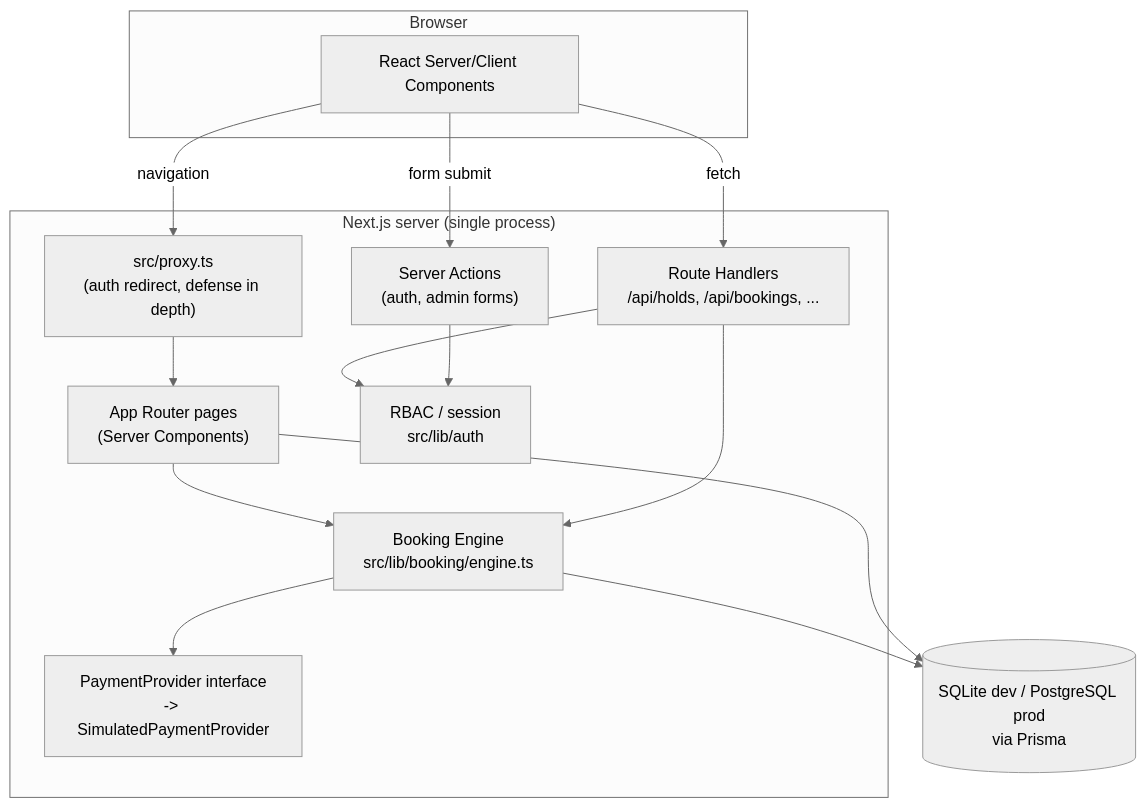
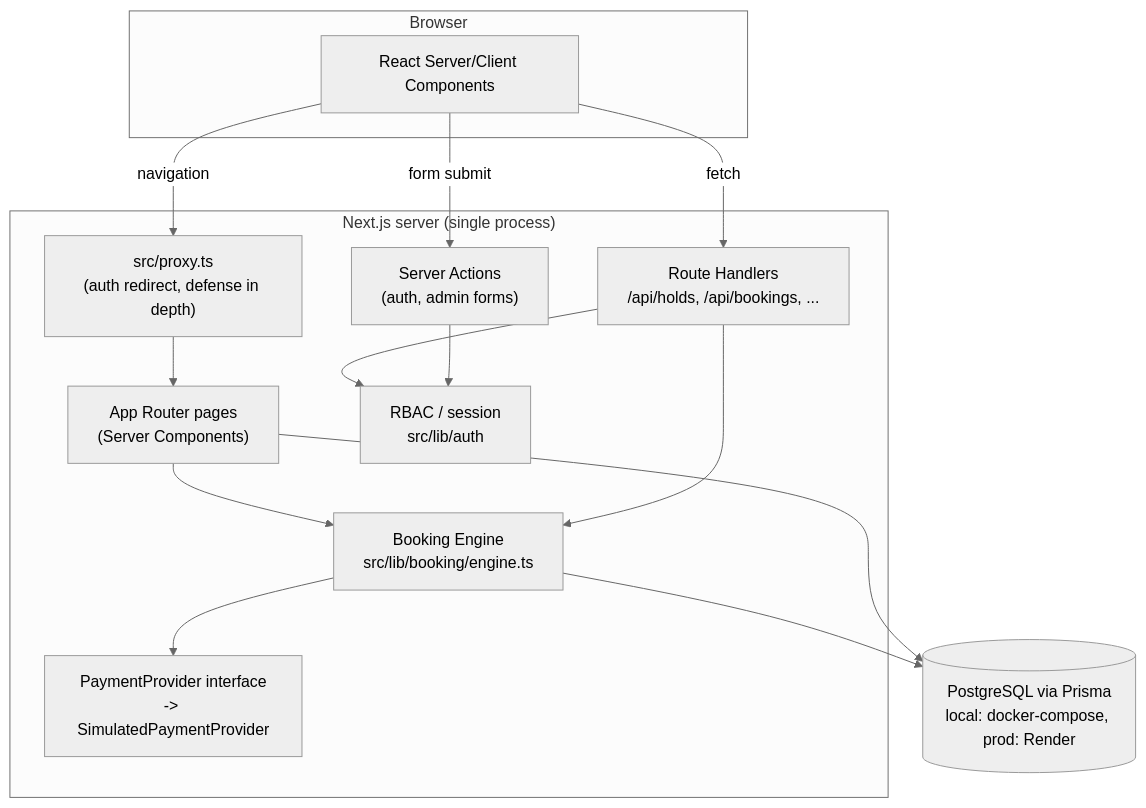
The diagram in docs/ARCHITECTURE.md (MDXDXBHUB2026/CINEMA), drawn with Mermaid (neutral theme) before and after one commit. The commit also changed other lines of this file and 17 other files, not shown here.

````diff
--- a/docs/ARCHITECTURE.md
+++ b/docs/ARCHITECTURE.md
@@ -14,29 +14,29 @@
 ```mermaid
 flowchart TB
     subgraph Browser
         UI[React Server/Client Components]
     end
 
     subgraph "Next.js server (single process)"
         Pages["App Router pages\n(Server Components)"]
         Actions["Server Actions\n(auth, admin forms)"]
         API["Route Handlers\n/api/holds, /api/bookings, ..."]
         Proxy["src/proxy.ts\n(auth redirect, defense in depth)"]
         Engine["Booking Engine\nsrc/lib/booking/engine.ts"]
         Payment["PaymentProvider interface\n-> SimulatedPaymentProvider"]
         RBAC["RBAC / session\nsrc/lib/auth"]
     end
 
-    DB[(SQLite dev / PostgreSQL prod\nvia Prisma)]
+    DB[(PostgreSQL via Prisma\nlocal: docker-compose, prod: Render)]
 
     UI -->|navigation| Proxy --> Pages
     UI -->|fetch| API
     UI -->|form submit| Actions
     Pages --> Engine
     API --> RBAC
     API --> Engine
     Actions --> RBAC
     Engine --> Payment
     Engine --> DB
     Pages --> DB
 ```
````
